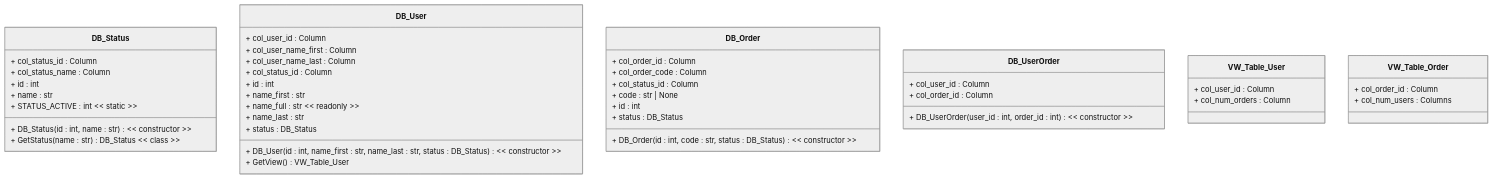
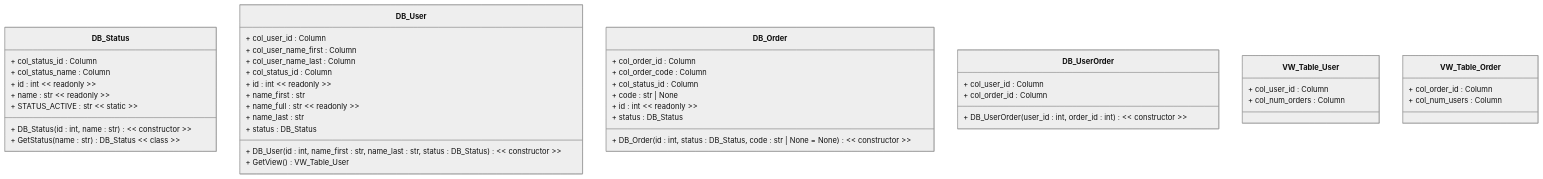
One commit to ShaunAlt/DB-Model-Creator changed the second of 2 diagrams in tests/test_read/test.md. Above: the diagram before and after it, drawn with Mermaid (neutral theme). The commit also changed other lines of this file and 4 other files, not shown here.

````diff
--- a/tests/test_read/test.md
+++ b/tests/test_read/test.md
@@ -42,47 +43,47 @@
 ``` mermaid
 classDiagram
     class DB_Status {
         + col_status_id : Column
         + col_status_name : Column
-        + id : int
-        + name : str
-        + STATUS_ACTIVE : int << static >>
+        + id : int << readonly >>
+        + name : str << readonly >>
+        + STATUS_ACTIVE : str << static >>
         + DB_Status(id : int, name : str) << constructor >>
         + GetStatus(name : str) DB_Status << class >>
     }
     class DB_User {
         + col_user_id : Column
         + col_user_name_first : Column
         + col_user_name_last : Column
         + col_status_id : Column
-        + id : int
+        + id : int << readonly >>
         + name_first : str
         + name_full : str << readonly >>
         + name_last : str
         + status : DB_Status
         + DB_User(id : int, name_first : str, name_last : str, status : DB_Status) << constructor >>
         + GetView() VW_Table_User
     }
     class DB_Order {
         + col_order_id : Column
         + col_order_code : Column
         + col_status_id : Column
         + code : str | None
-        + id : int
+        + id : int << readonly >>
         + status : DB_Status
-        + DB_Order(id : int, code : str, status : DB_Status) << constructor >>
+        + DB_Order(id : int, status : DB_Status, code : str | None = None) << constructor >>
     }
     class DB_UserOrder {
         + col_user_id : Column
         + col_order_id : Column
         + DB_UserOrder(user_id : int, order_id : int) << constructor >>
     }
     class VW_Table_User {
         + col_user_id : Column
         + col_num_orders : Column
     }
     class VW_Table_Order {
         + col_order_id : Column
-        + col_num_users : Columns
+        + col_num_users : Column
     }
 ```
````
